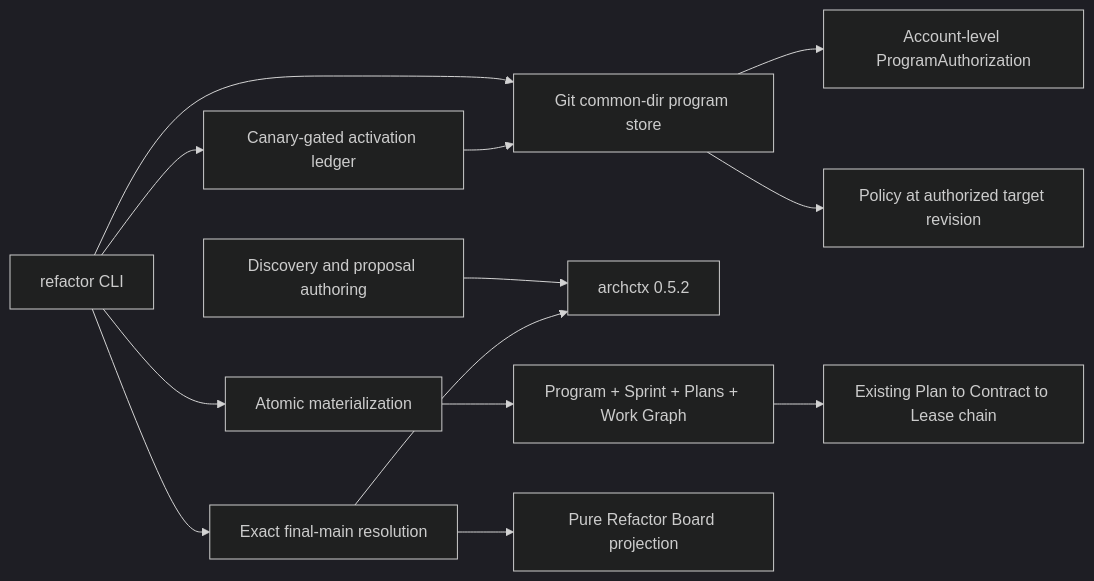
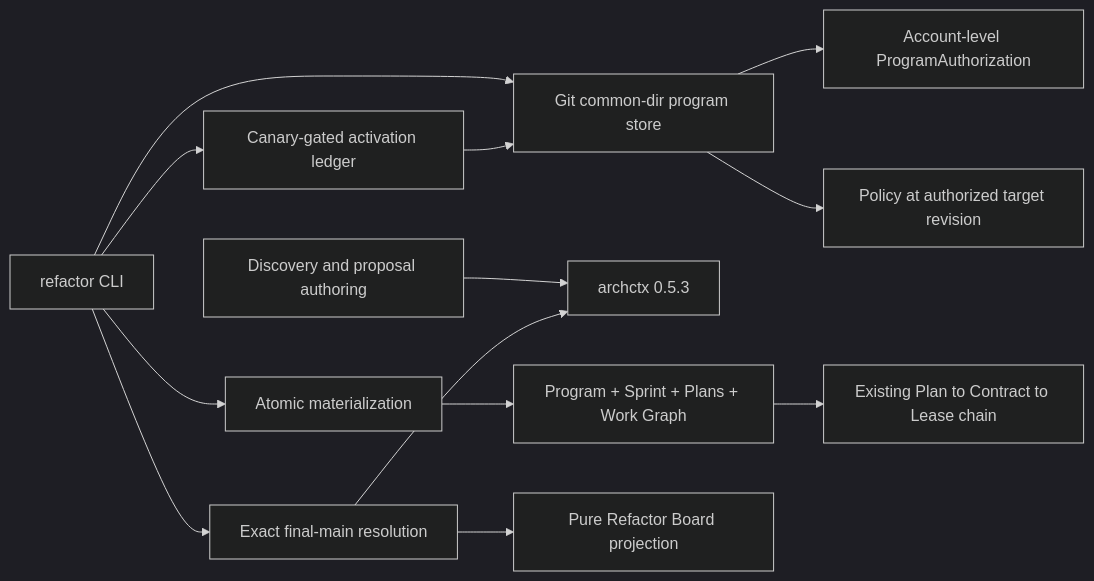
One commit to Ancienttwo/repo-harness changed the first of 2 diagrams in docs/architecture/modules/runtime-harness/refactor-program.md. Above: the diagram before and after it, drawn with Mermaid (dark theme). The commit also changed other lines of this file and 21 other files, not shown here.

Commit message:
fix(refactor): pin published ArchContext 0.5.3 provider

````diff
--- a/docs/architecture/modules/runtime-harness/refactor-program.md
+++ b/docs/architecture/modules/runtime-harness/refactor-program.md
@@ -69,15 +69,15 @@
 ```mermaid
 flowchart LR
   CLI[refactor CLI] --> Store[Git common-dir program store]
   Store --> Grant[Account-level ProgramAuthorization]
   Store --> Policy[Policy at authorized target revision]
-  Discovery[Discovery and proposal authoring] --> ArchContext[archctx 0.5.2]
+  Discovery[Discovery and proposal authoring] --> ArchContext[archctx 0.5.3]
   CLI --> Materializer[Atomic materialization]
   Materializer --> Git[Program + Sprint + Plans + Work Graph]
   Git --> Contract[Existing Plan to Contract to Lease chain]
   CLI --> Resolution[Exact final-main resolution]
   Resolution --> ArchContext
   Resolution --> Board[Pure Refactor Board projection]
   CLI --> Activation[Canary-gated activation ledger]
   Activation --> Store
 ```
````
